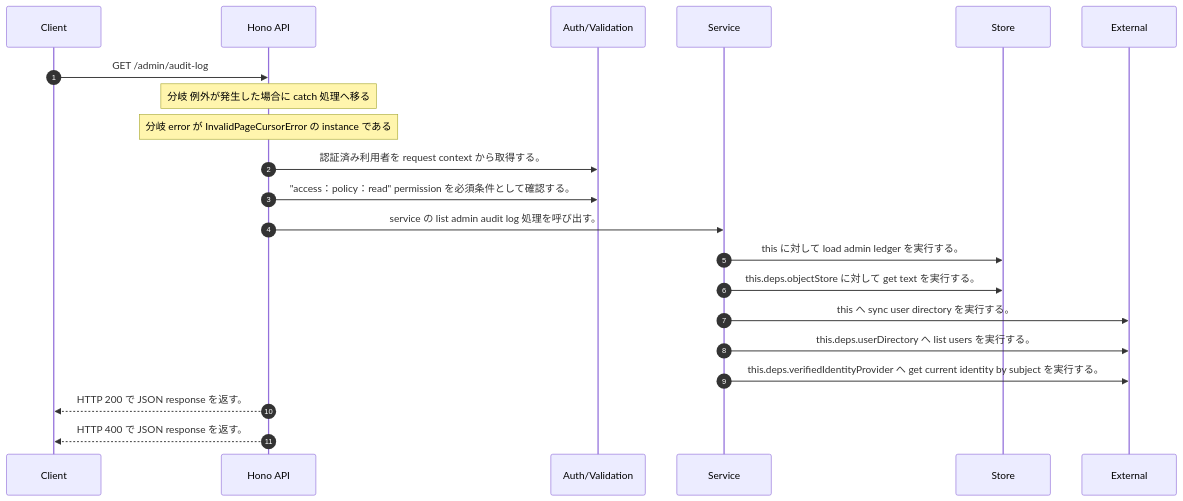
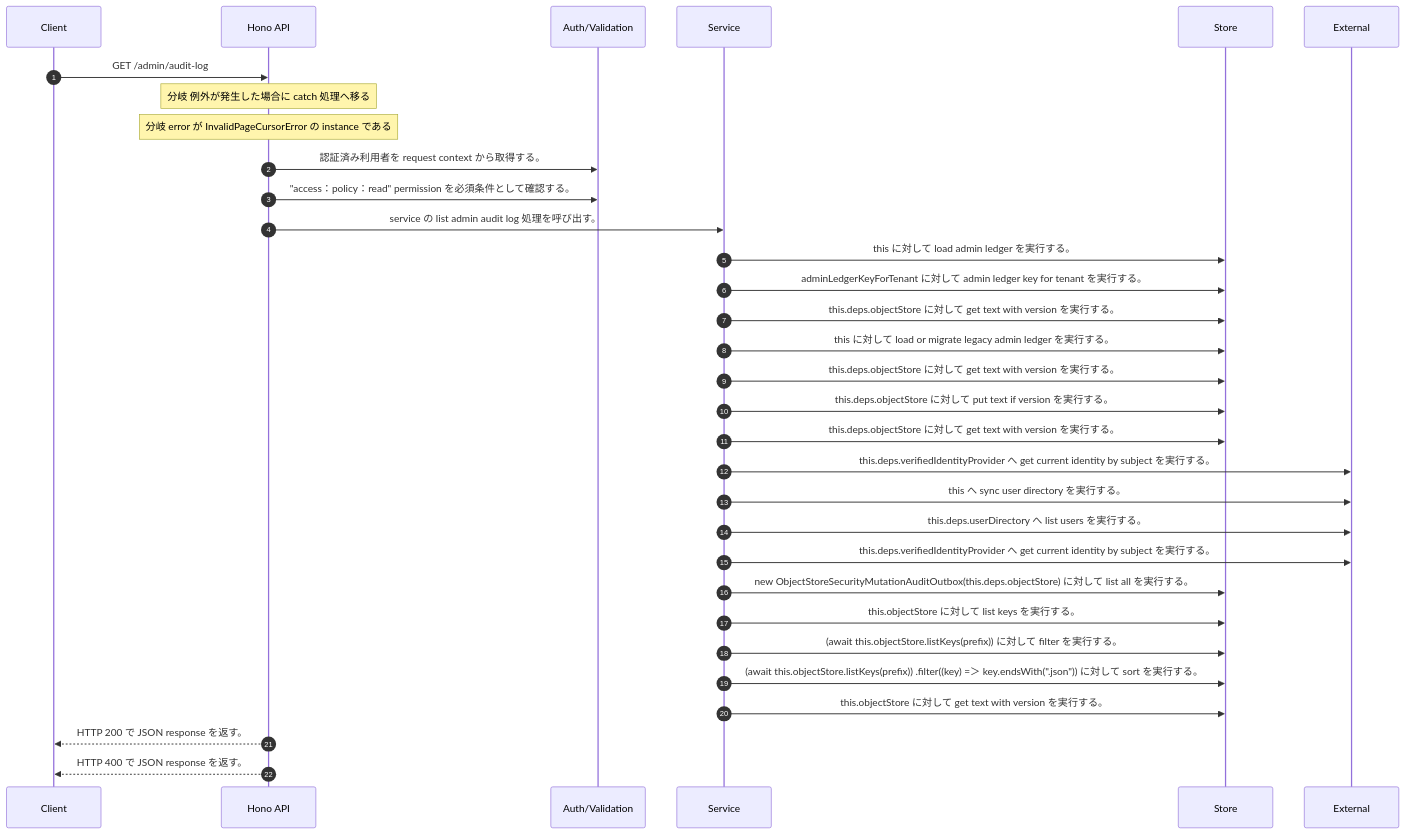
One commit to tsuji-tomonori/rag-assist changed the diagram in docs/generated/api-code/get-admin-audit-log/sequence_gen.md. Above: the diagram before and after it, drawn with Mermaid. The commit also changed other lines of this file and 407 other files, not shown here.

````diff
--- a/docs/generated/api-code/get-admin-audit-log/sequence_gen.md
+++ b/docs/generated/api-code/get-admin-audit-log/sequence_gen.md
@@ -7,23 +7,34 @@
 ```mermaid
 sequenceDiagram
   autonumber
   participant Client as Client
   participant API as Hono API
   participant Auth as Auth/Validation
   participant Service as Service
   participant Store as Store
   participant External as External
   Client->>API: GET /admin/audit-log
   Note over API: 分岐 例外が発生した場合に catch 処理へ移る
   Note over API: 分岐 error が InvalidPageCursorError の instance である
   API->>Auth: 認証済み利用者を request context から取得する。
   API->>Auth: "access：policy：read" permission を必須条件として確認する。
   API->>Service: service の list admin audit log 処理を呼び出す。
   Service->>Store: this に対して load admin ledger を実行する。
-  Service->>Store: this.deps.objectStore に対して get text を実行する。
+  Service->>Store: adminLedgerKeyForTenant に対して admin ledger key for tenant を実行する。
+  Service->>Store: this.deps.objectStore に対して get text with version を実行する。
+  Service->>Store: this に対して load or migrate legacy admin ledger を実行する。
+  Service->>Store: this.deps.objectStore に対して get text with version を実行する。
+  Service->>Store: this.deps.objectStore に対して put text if version を実行する。
+  Service->>Store: this.deps.objectStore に対して get text with version を実行する。
+  Service->>External: this.deps.verifiedIdentityProvider へ get current identity by subject を実行する。
   Service->>External: this へ sync user directory を実行する。
   Service->>External: this.deps.userDirectory へ list users を実行する。
   Service->>External: this.deps.verifiedIdentityProvider へ get current identity by subject を実行する。
+  Service->>Store: new ObjectStoreSecurityMutationAuditOutbox(this.deps.objectStore) に対して list all を実行する。
+  Service->>Store: this.objectStore に対して list keys を実行する。
+  Service->>Store: (await this.objectStore.listKeys(prefix))        に対して filter を実行する。
+  Service->>Store: (await this.objectStore.listKeys(prefix))       .filter((key) =＞ key.endsWith(".json"))        に対して sort を実行する。
+  Service->>Store: this.objectStore に対して get text with version を実行する。
   API-->>Client: HTTP 200 で JSON response を返す。
   API-->>Client: HTTP 400 で JSON response を返す。
 ```
````
